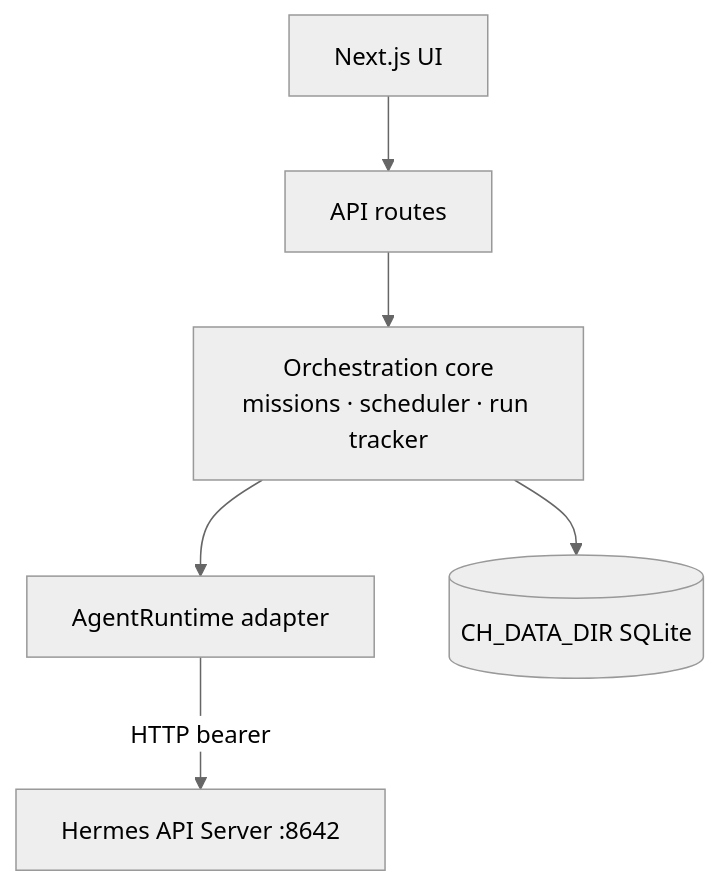
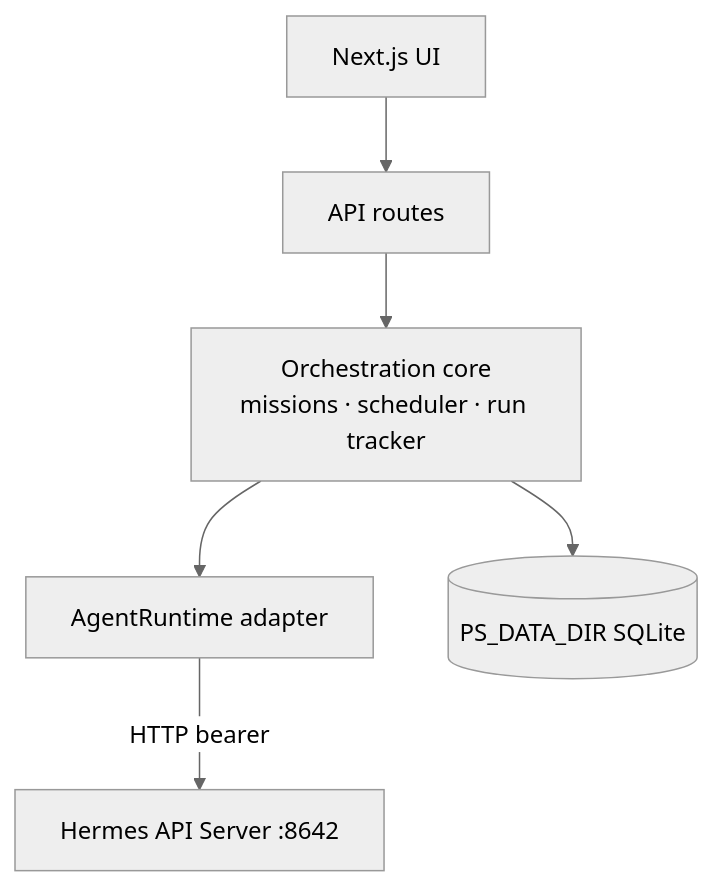
Before and after one commit to Daniel-Parke/PatterStage: the diagram in docs/PLATFORM_VISION.md, drawn with Mermaid (neutral theme). The commit also changed other lines of this file and 19 other files, not shown here.

````diff
--- a/docs/PLATFORM_VISION.md
+++ b/docs/PLATFORM_VISION.md
@@ -7,14 +7,14 @@
 ```mermaid
 flowchart TB
   UI[Next.js UI]
   API[API routes]
   ORCH[Orchestration core\nmissions · scheduler · run tracker]
   RT[AgentRuntime adapter]
-  CH[(CH_DATA_DIR SQLite)]
+  CH[(PS_DATA_DIR SQLite)]
   H[Hermes API Server :8642]
   UI --> API
   API --> ORCH
   ORCH --> CH
   ORCH --> RT
   RT -->|HTTP bearer| H
 ```
````
